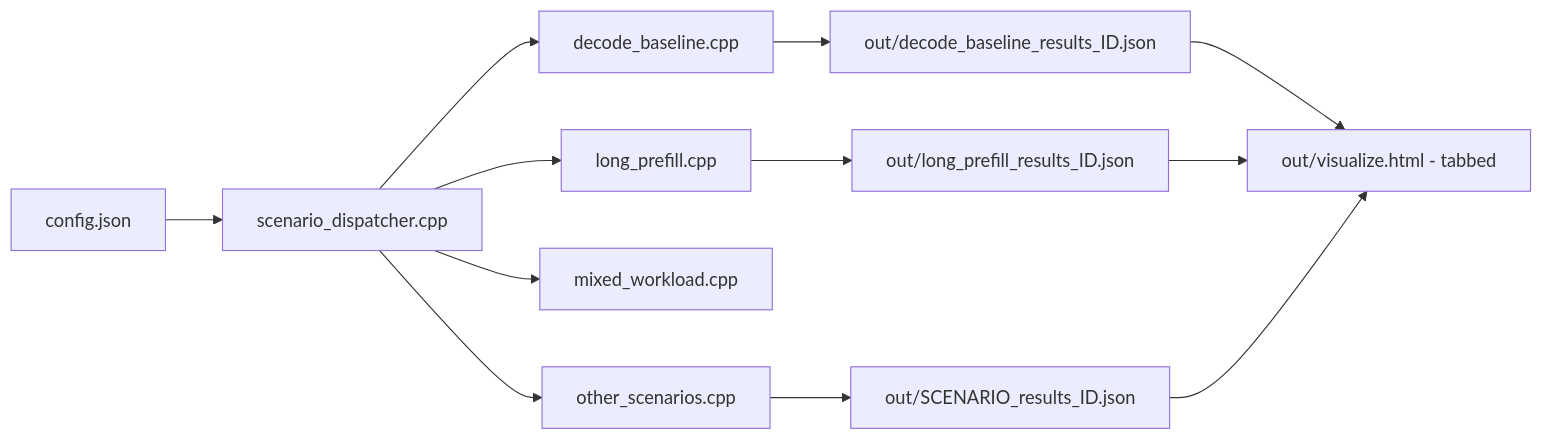
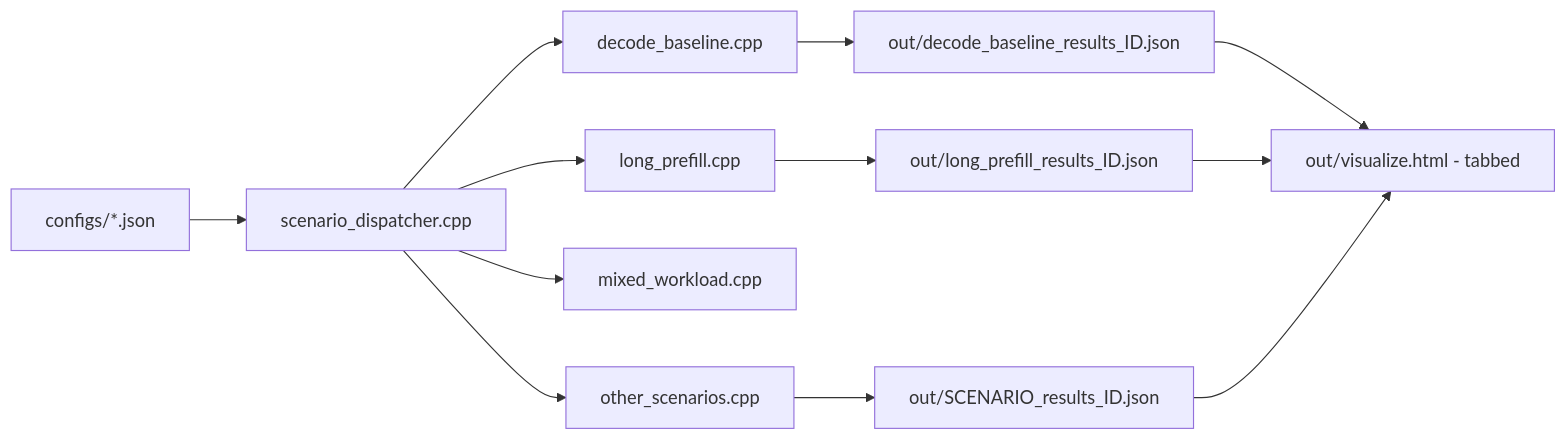
The diagram in benchmark/engine/docs/benchmark-design.md (microsoft/onnxruntime-genai), drawn with Mermaid before and after one commit. The commit also changed other lines of this file and 7 other files, not shown here.

````diff
--- a/benchmark/engine/docs/benchmark-design.md
+++ b/benchmark/engine/docs/benchmark-design.md
@@ -7,17 +7,17 @@
 ```mermaid
 flowchart LR
-    A[config.json] --> C[scenario_dispatcher.cpp]
+    A[configs/*.json] --> C[scenario_dispatcher.cpp]
 
     C --> D[decode_baseline.cpp]
     C --> E[long_prefill.cpp]
     C --> F[mixed_workload.cpp]
     C --> G[other_scenarios.cpp]
 
     D --> H[out/decode_baseline_results_ID.json]
     E --> J[out/long_prefill_results_ID.json]
     G --> N[out/SCENARIO_results_ID.json]
 
     H --> V[out/visualize.html - tabbed]
     J --> V
     N --> V
 ```
````
